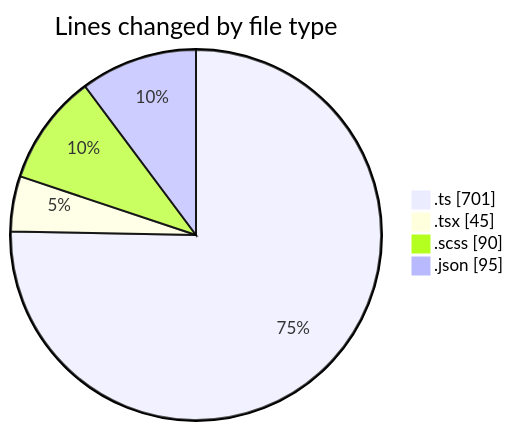
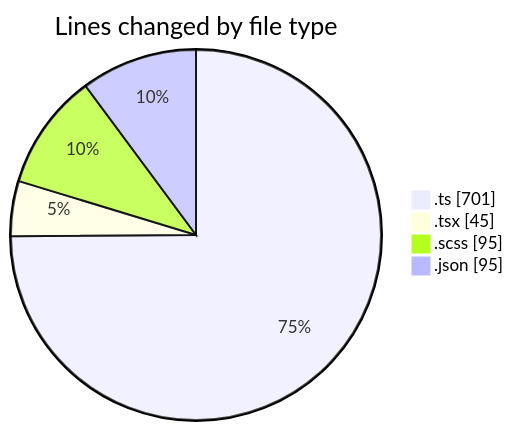
One commit to momahboobian/code-tracking changed the first of 2 diagrams in 2026-10-29/cda/README.md. Above: the diagram before and after it, drawn with Mermaid. The commit also changed other lines of this file and 1 other file, not shown here.

````diff
--- a/2026-10-29/cda/README.md
+++ b/2026-10-29/cda/README.md
@@ -25,8 +25,8 @@
 ```mermaid
 pie showData
 title Lines changed by file type
 ".ts" : 701
 ".tsx" : 45
-".scss" : 90
+".scss" : 95
 ".json" : 95
 ```
````
